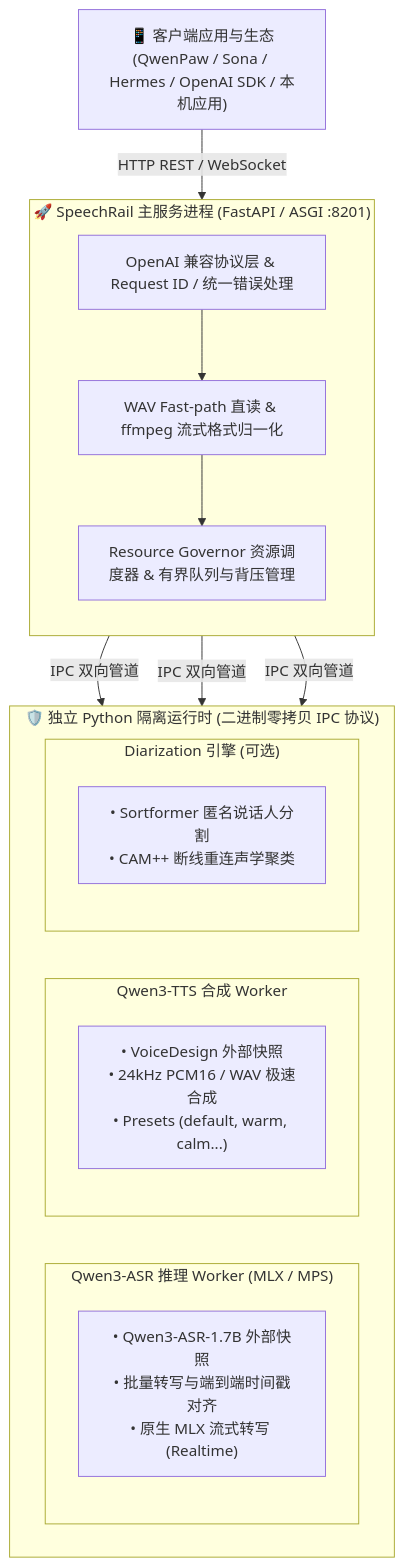
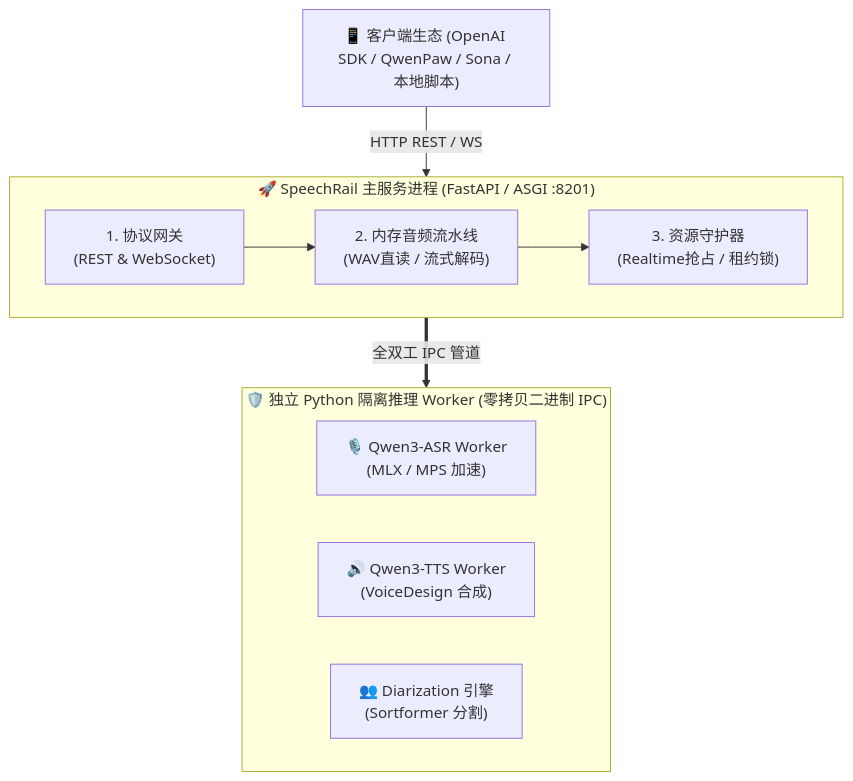
One commit to hrygo/SpeechRail changed the diagram in README.md. Above: the diagram before and after it, drawn with Mermaid. The commit also changed other lines of this file and 27 other files, not shown here.

First line of the commit message:
docs: optimize README and architecture docs for open-source community

````diff
--- a/README.md
+++ b/README.md
@@ -55,30 +57,22 @@
 ```mermaid
 flowchart TD
-    Client["📱 客户端应用与生态<br/>(QwenPaw / Sona / Hermes / OpenAI SDK / 本机应用)"]
+    Client["📱 客户端生态 (OpenAI SDK / QwenPaw / Sona / 本地脚本)"]
 
     subgraph Host ["🚀 SpeechRail 主服务进程 (FastAPI / ASGI :8201)"]
-        direction TB
-        API["OpenAI 兼容协议层 & Request ID / 统一错误处理"]
-        FFMPEG["WAV Fast-path 直读 & ffmpeg 流式格式归一化"]
-        Gov["Resource Governor 资源调度器 & 有界队列与背压管理"]
-        API --> FFMPEG --> Gov
+        direction LR
+        GW["1. 协议网关<br/>(REST & WebSocket)"]
+        Pipe["2. 内存音频流水线<br/>(WAV直读 / 流式解码)"]
+        Gov["3. 资源守护器<br/>(Realtime抢占 / 租约锁)"]
+        GW --> Pipe --> Gov
     end
 
-    subgraph Workers ["🛡️ 独立 Python 隔离运行时 (二进制零拷贝 IPC 协议)"]
+    subgraph Workers ["🛡️ 独立 Python 隔离推理 Worker (零拷贝二进制 IPC)"]
         direction LR
-        subgraph ASR_Box ["Qwen3-ASR 推理 Worker (MLX / MPS)"]
-            ASR["• Qwen3-ASR-1.7B 外部快照<br/>• 批量转写与端到端时间戳对齐<br/>• 原生 MLX 流式转写 (Realtime)"]
-        end
-        subgraph TTS_Box ["Qwen3-TTS 合成 Worker"]
-            TTS["• VoiceDesign 外部快照<br/>• 24kHz PCM16 / WAV 极速合成<br/>• Presets (default, warm, calm...)"]
-        end
-        subgraph Diar_Box ["Diarization 引擎 (可选)"]
-            Diar["• Sortformer 匿名说话人分割<br/>• CAM++ 断线重连声学聚类"]
-        end
+        ASR["🎙️ Qwen3-ASR Worker<br/>(MLX / MPS 加速)"]
+        TTS["🔊 Qwen3-TTS Worker<br/>(VoiceDesign 合成)"]
+        Diar["👥 Diarization 引擎<br/>(Sortformer 分割)"]
     end
 
-    Client -->|"HTTP REST / WebSocket"| Host
-    Gov -->|"IPC 双向管道"| ASR_Box
-    Gov -->|"IPC 双向管道"| TTS_Box
-    Gov -->|"IPC 双向管道"| Diar_Box
+    Client -->|"HTTP REST / WS"| Host
+    Host ==>|"全双工 IPC 管道"| Workers
 ```
````
